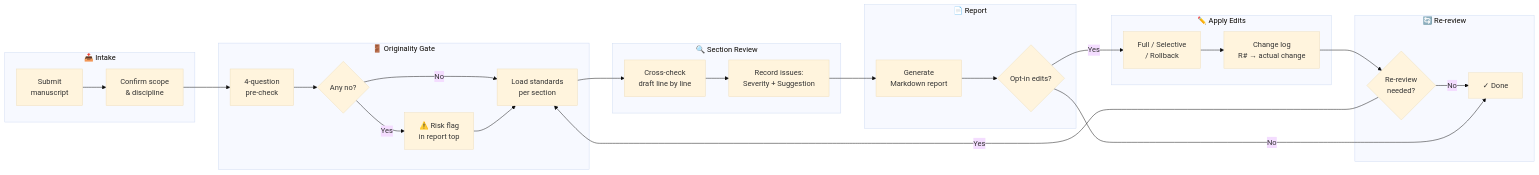
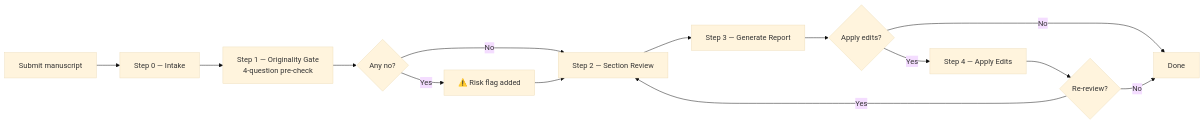
Before and after one commit to xiaojjo/sci-writestructure: the diagram in README.md, drawn with Mermaid (base theme).

Commit message:
README: simplify workflow diagram, remove subgraph clutter

````diff
--- a/README.md
+++ b/README.md
@@ -26,38 +26,16 @@
 ```mermaid
 flowchart LR
-    subgraph input["📥 Intake"]
-        A1[Submit\nmanuscript] --> A2[Confirm scope\n& discipline]
-    end
-
-    subgraph gate["🚪 Originality Gate"]
-        B1[4-question\npre-check] --> B2{Any no?}
-        B2 -->|Yes| B3[⚠️ Risk flag\nin report top]
-        B2 -->|No| C1
-        B3 --> C1
-    end
-
-    subgraph review["🔍 Section Review"]
-        C1[Load standards\nper section] --> C2[Cross-check\ndraft line by line]
-        C2 --> C3[Record issues:\nSeverity + Suggestion]
-    end
-
-    subgraph report["📄 Report"]
-        D1[Generate\nMarkdown report] --> D2{Opt-in edits?}
-    end
-
-    subgraph edit["✏️ Apply Edits"]
-        E1[Full / Selective\n/ Rollback] --> E2[Change log\nR# → actual change]
-    end
-
-    subgraph loop["🔄 Re-review"]
-        F1{Re-review\nneeded?}
-        F1 -->|Yes| C1
-        F1 -->|No| END[✓ Done]
-    end
-
-    A2 --> B1
-    C3 --> D1
-    D2 -->|Yes| E1
-    D2 -->|No| END
-    E2 --> F1
+    A[Submit manuscript] --> B[Step 0 — Intake]
+    B --> C[Step 1 — Originality Gate\n4-question pre-check]
+    C --> D{Any no?}
+    D -->|Yes| E[⚠️ Risk flag added]
+    D -->|No| F[Step 2 — Section Review]
+    E --> F
+    F --> G[Step 3 — Generate Report]
+    G --> H{Apply edits?}
+    H -->|Yes| I[Step 4 — Apply Edits]
+    H -->|No| J[Done]
+    I --> K{Re-review?}
+    K -->|Yes| F
+    K -->|No| J
 ```
````
